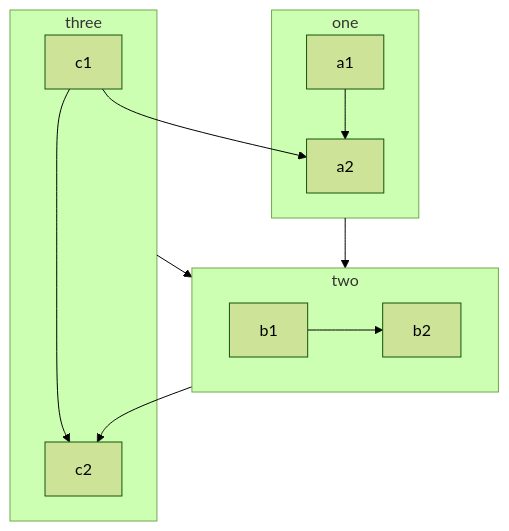
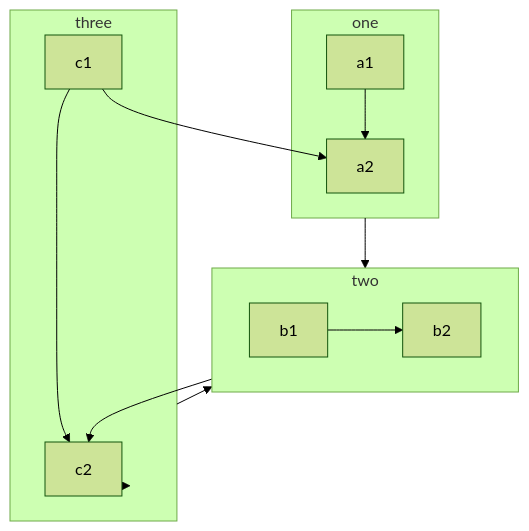
One commit to rhoenkelevra/pre_commit changed the diagram in flowchart.mmd. Above: the diagram before and after it, drawn with Mermaid (forest theme).

Commit message:
change chart

```diff
--- a/flowchart.mmd
+++ b/flowchart.mmd
@@ -1,14 +1,15 @@
 flowchart TB
     c1-->a2
     subgraph one
     a1-->a2
     end
     subgraph two
     b1-->b2
     end
     subgraph three
     c1-->c2
     end
     one --> two
     three --> two
     two --> c2
+    three --> c2
```
